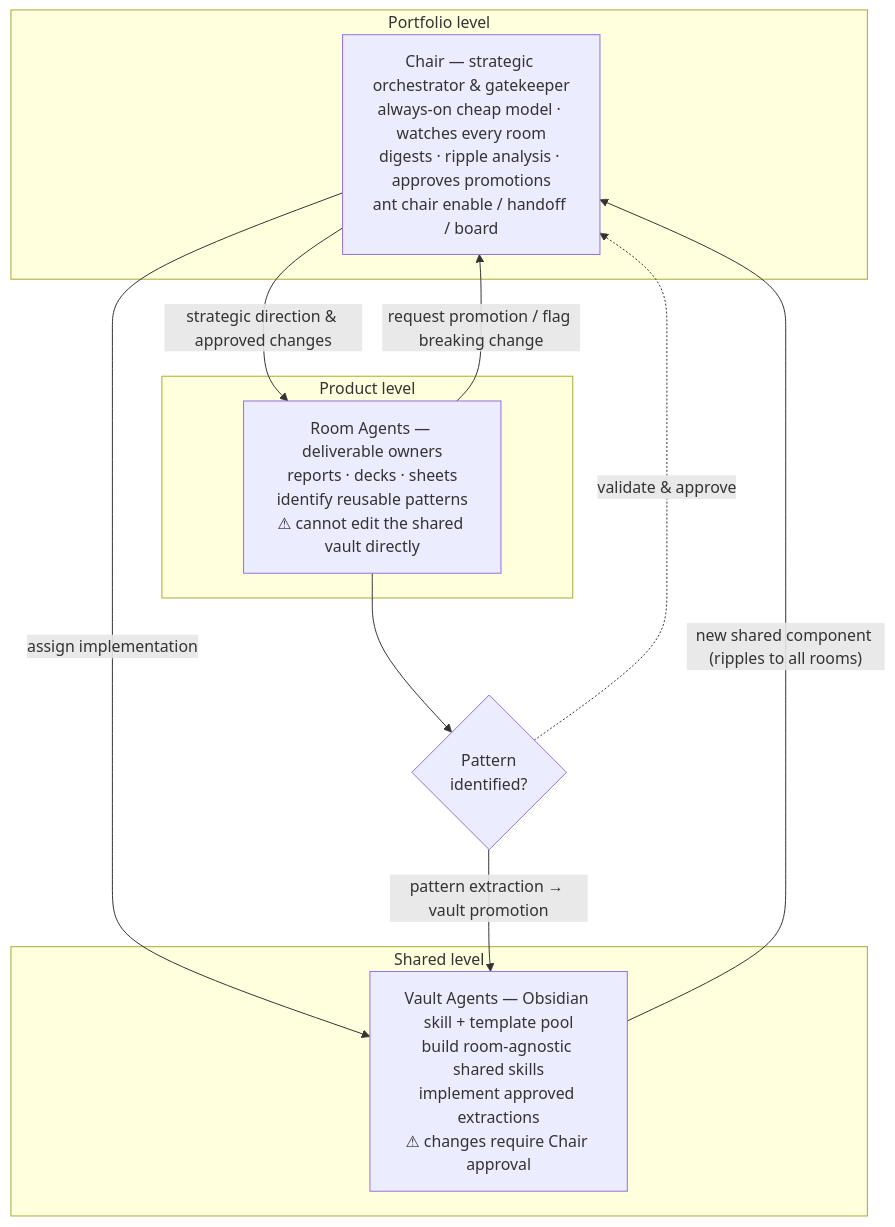
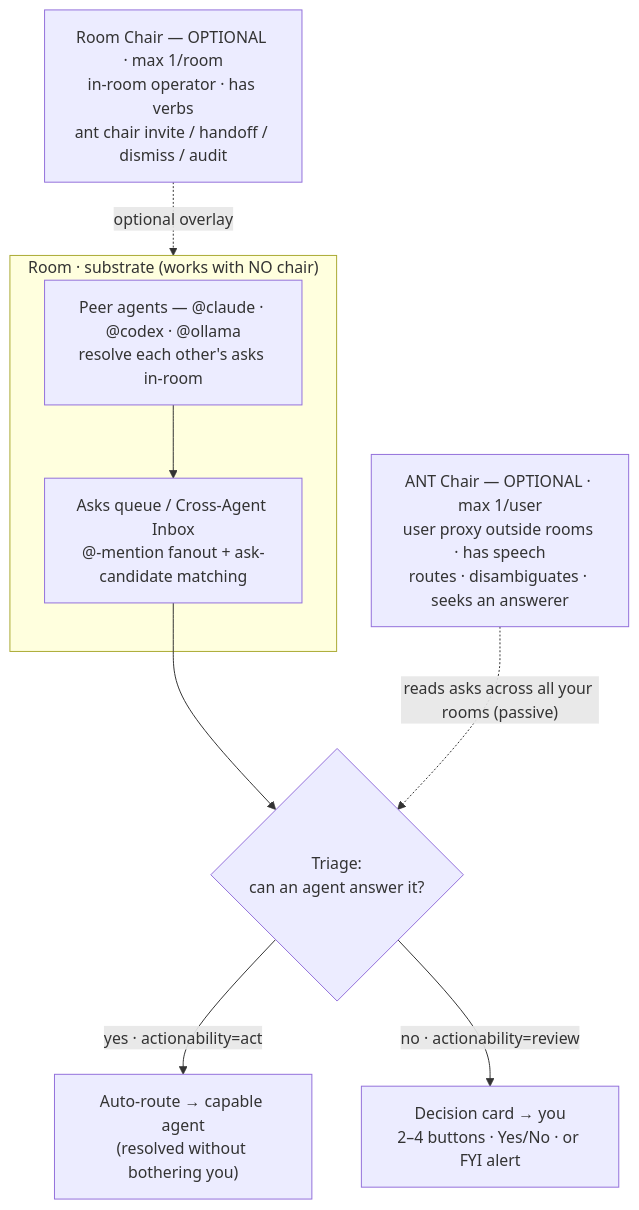
One commit to Jktfe/a-nice-terminal changed the first of 2 diagrams in docs/ant-agent-cluster-workflow-research-2026-05-31.md. Above: the diagram before and after it, drawn with Mermaid. The commit also changed other lines of this file and 1 other file, not shown here.

````diff
--- a/docs/ant-agent-cluster-workflow-research-2026-05-31.md
+++ b/docs/ant-agent-cluster-workflow-research-2026-05-31.md
@@ -53,24 +56,20 @@
 ```mermaid
 flowchart TB
-  subgraph Portfolio[Portfolio level]
-    Chair["Chair — strategic orchestrator & gatekeeper<br/>always-on cheap model · watches every room<br/>digests · ripple analysis · approves promotions<br/>ant chair enable / handoff / board"]
+  subgraph Room["Room · substrate (works with NO chair)"]
+    Peers["Peer agents — @claude · @codex · @ollama<br/>resolve each other's asks in-room"]
+    Asks["Asks queue / Cross-Agent Inbox<br/>@-mention fanout + ask-candidate matching"]
+    Peers --> Asks
   end
 
-  subgraph Product[Product level]
-    Room["Room Agents — deliverable owners<br/>reports · decks · sheets<br/>identify reusable patterns<br/>⚠ cannot edit the shared vault directly"]
-  end
+  RoomChair["Room Chair — OPTIONAL · max 1/room<br/>in-room operator · has verbs<br/>ant chair invite / handoff / dismiss / audit"]
+  ANTChair["ANT Chair — OPTIONAL · max 1/user<br/>user proxy outside rooms · has speech<br/>routes · disambiguates · seeks an answerer"]
+  Triage{"Triage:<br/>can an agent answer it?"}
+  Candidate["Auto-route → capable agent<br/>(resolved without bothering you)"]
+  Card["Decision card → you<br/>2–4 buttons · Yes/No · or FYI alert"]
 
-  subgraph Shared[Shared level]
-    Vault["Vault Agents — Obsidian skill + template pool<br/>build room-agnostic shared skills<br/>implement approved extractions<br/>⚠ changes require Chair approval"]
-  end
-
-  Gate{"Pattern<br/>identified?"}
-
-  Chair -- "strategic direction & approved changes" --> Room
-  Room  -- "request promotion / flag breaking change" --> Chair
-  Chair -- "assign implementation" --> Vault
-  Vault -- "new shared component (ripples to all rooms)" --> Chair
-  Room  --> Gate
-  Gate  -- "pattern extraction → vault promotion" --> Vault
-  Gate  -. "validate & approve" .-> Chair
+  RoomChair -. "optional overlay" .-> Room
+  Asks --> Triage
+  ANTChair -. "reads asks across all your rooms (passive)" .-> Triage
+  Triage -- "yes · actionability=act" --> Candidate
+  Triage -- "no · actionability=review" --> Card
 ```
````
